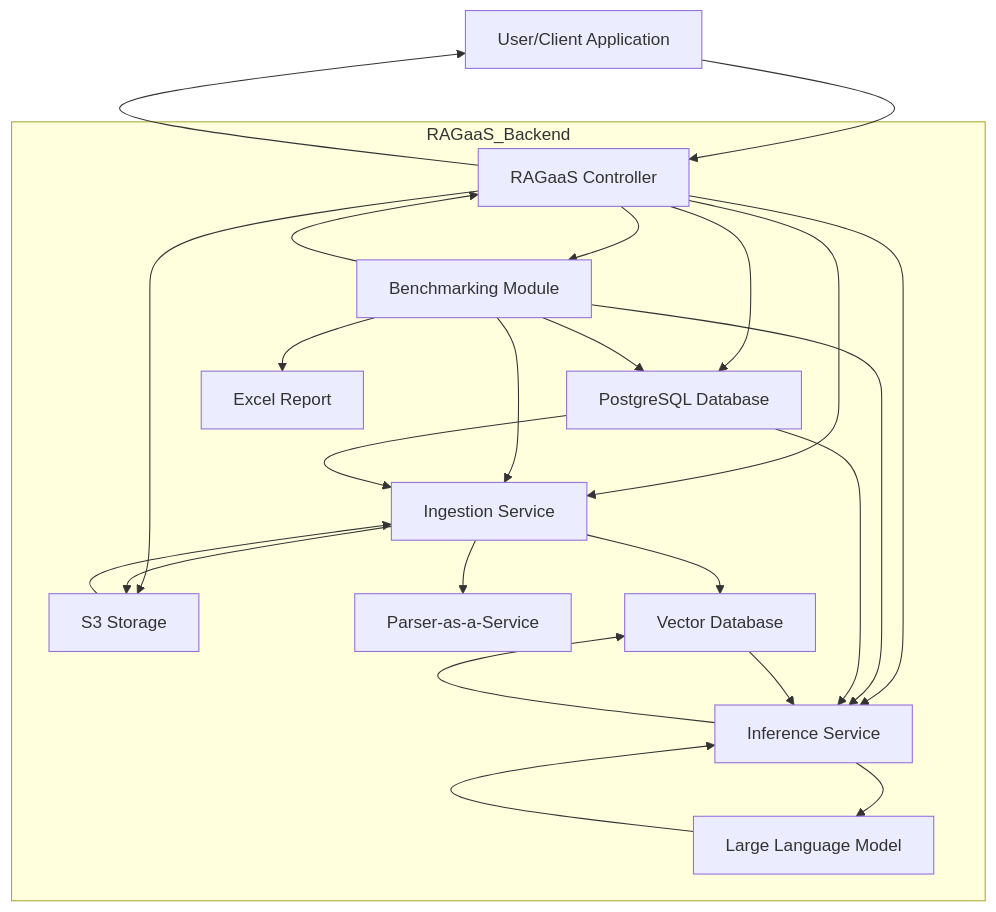
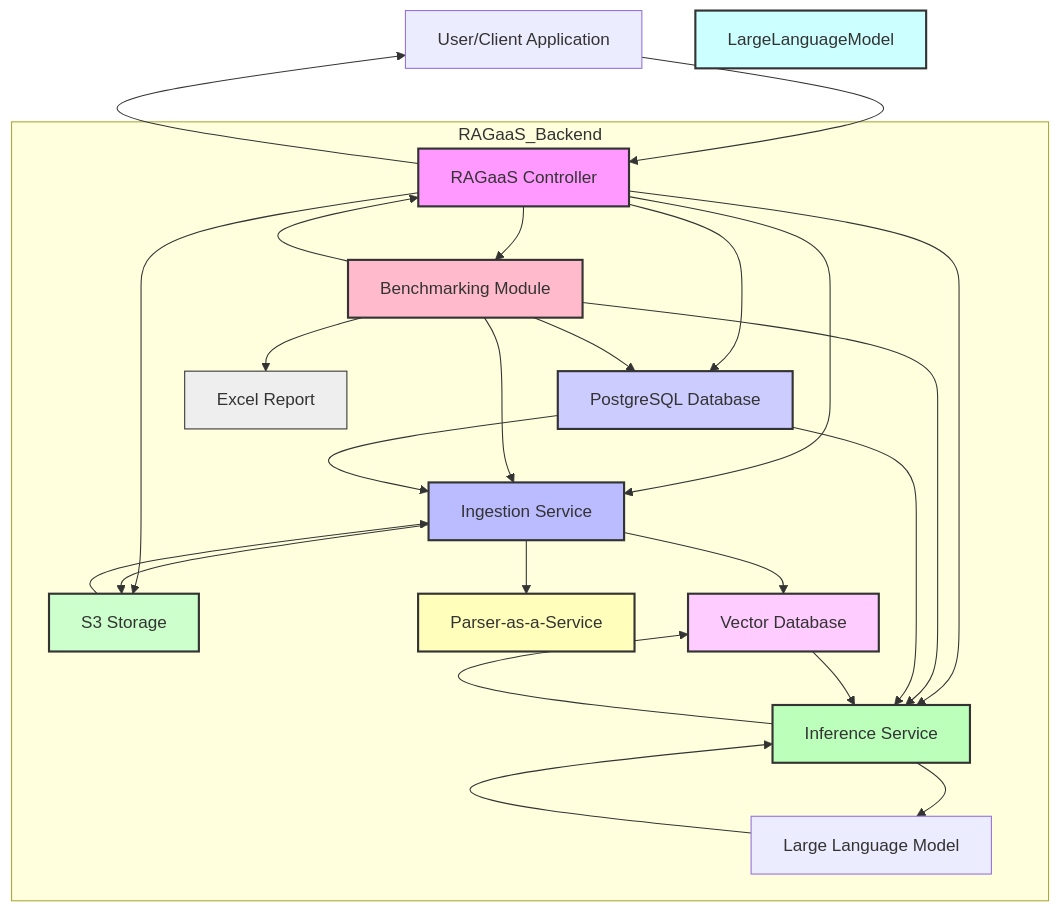
The second of 2 diagrams in RAG_Benchmark.md (karimosman89/RAG_QA_System), drawn with Mermaid before and after one commit.

````diff
--- a/RAG_Benchmark.md
+++ b/RAG_Benchmark.md
@@ -146,32 +146,42 @@
  ```mermaid
  graph TD
      User[User/Client Application] --> RAGaaSController[RAGaaS Controller]
 
      subgraph RAGaaS_Backend
          RAGaaSController -->  Database[PostgreSQL Database]
          RAGaaSController -->  S3[S3 Storage]
          RAGaaSController -->  IngestionService[Ingestion Service]
          RAGaaSController -->  InferenceService[Inference Service]
          RAGaaSController -->  BenchmarkingModule[Benchmarking Module]
 
          IngestionService -->  ParserService[Parser-as-a-Service]
          IngestionService -->  VectorDB[Vector Database]
          IngestionService -->  S3
 
          InferenceService -->  VectorDB
          InferenceService --> LLM[Large Language Model]
 
          BenchmarkingModule -->  IngestionService
          BenchmarkingModule -->  InferenceService
          BenchmarkingModule -->  Database
          BenchmarkingModule -->  ExcelFile[Excel Report]
      end
 
      Database -->  IngestionService
      Database -->  InferenceService
      S3 -->  IngestionService
      VectorDB -->  InferenceService
      LLM -->  InferenceService
      BenchmarkingModule -->  RAGaaSController
      RAGaaSController -->  User
+     style RAGaaSController fill:#f9f,stroke:#333,stroke-width:2px
+     style IngestionService fill:#bbf,stroke:#333,stroke-width:2px
+     style InferenceService fill:#bfb,stroke:#333,stroke-width:2px
+     style ParserService fill:#ffb,stroke:#333,stroke-width:2px
+     style BenchmarkingModule fill:#fbc,stroke:#333,stroke-width:2px
+     style Database fill:#ccf,stroke:#333,stroke-width:2px
+     style S3 fill:#cfc,stroke:#333,stroke-width:2px
+     style VectorDB fill:#fcf,stroke:#333,stroke-width:2px
+     style LargeLanguageModel fill:#cff,stroke:#333,stroke-width:2px
+     style ExcelFile fill:#eee,stroke:#333,stroke-width:1px
 ```
````
